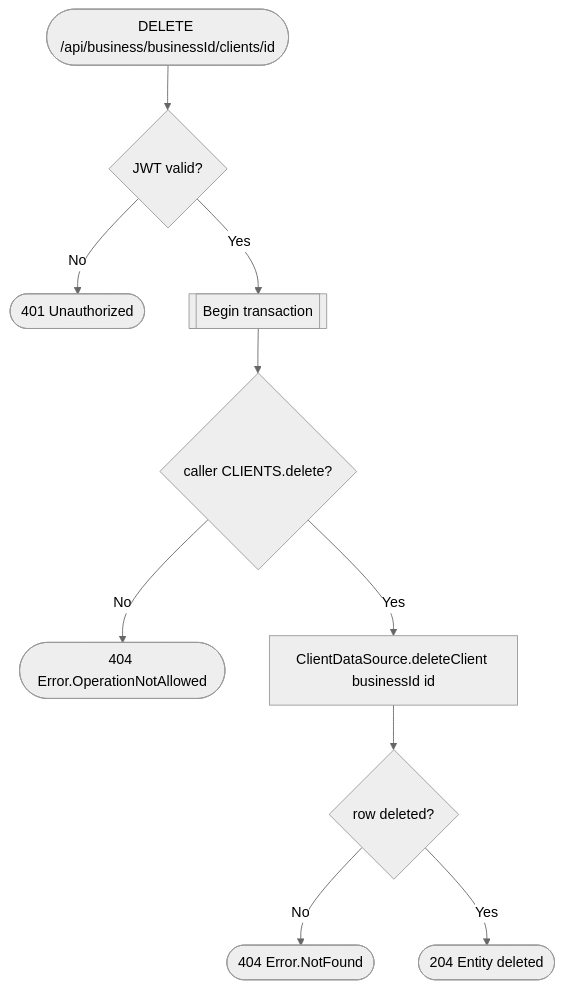
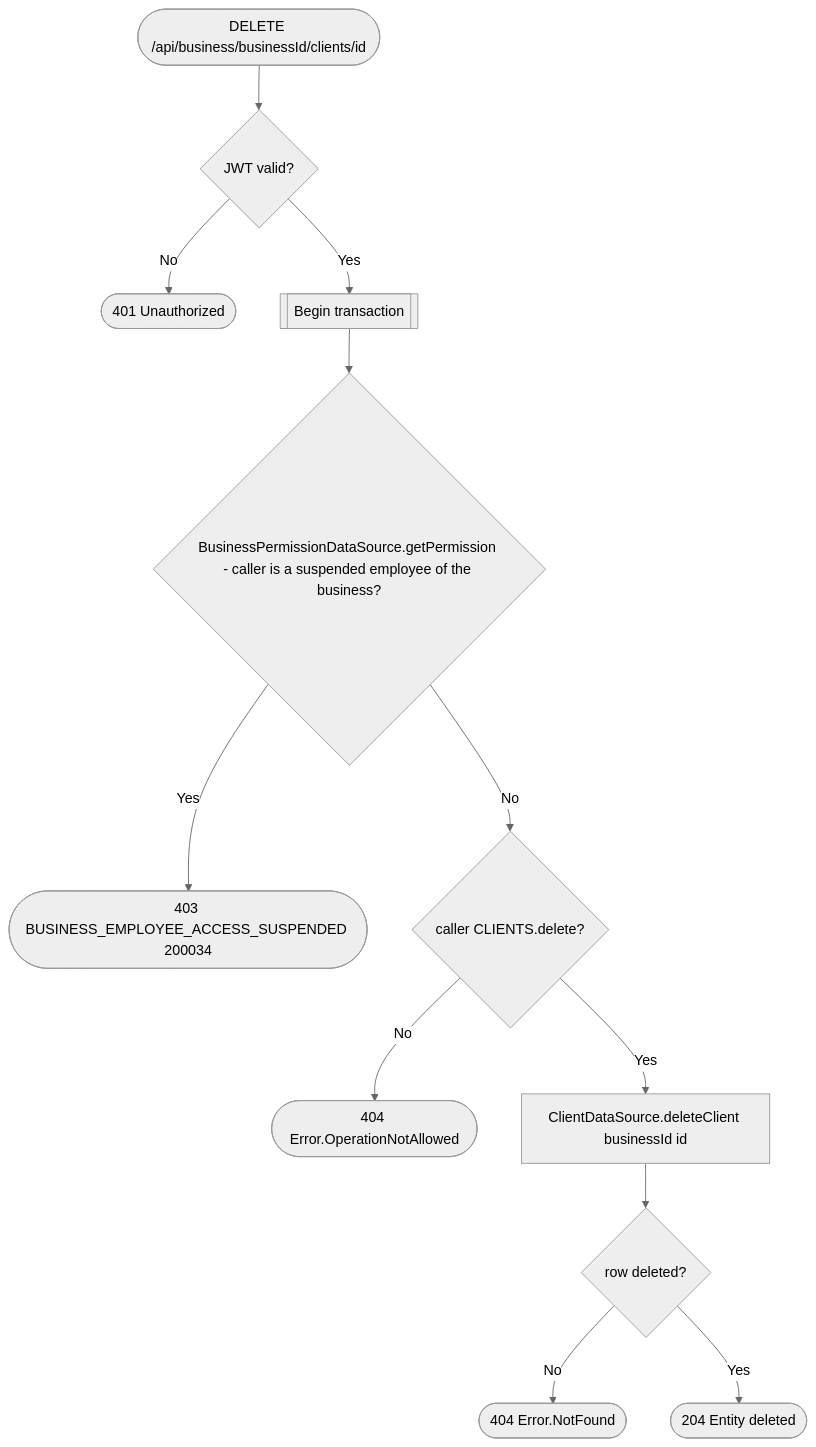
One commit to an22/bookk.me-backend changed the diagram in docs/operations/business/delete-client.md. Above: the diagram before and after it, drawn with Mermaid (neutral theme). The commit also changed 65 other files, not shown here.

````diff
--- a/docs/operations/business/delete-client.md
+++ b/docs/operations/business/delete-client.md
@@ -5,12 +5,14 @@
 ```mermaid
 flowchart TD
     Start([DELETE /api/business/businessId/clients/id]) --> Auth{JWT valid?}
     Auth -- No --> R401([401 Unauthorized])
     Auth -- Yes --> Tx[[Begin transaction]]
-    Tx --> Perm{caller CLIENTS.delete?}
+    Tx --> Suspended{BusinessPermissionDataSource.getPermission - caller is a suspended employee of the business?}
+    Suspended -- Yes --> R403s([403 BUSINESS_EMPLOYEE_ACCESS_SUSPENDED 200034])
+    Suspended -- No --> Perm{caller CLIENTS.delete?}
     Perm -- No --> R404a([404 Error.OperationNotAllowed])
     Perm -- Yes --> Delete[ClientDataSource.deleteClient businessId id]
     Delete --> Found{row deleted?}
     Found -- No --> R404b([404 Error.NotFound])
     Found -- Yes --> R204([204 Entity deleted])
 ```
````
